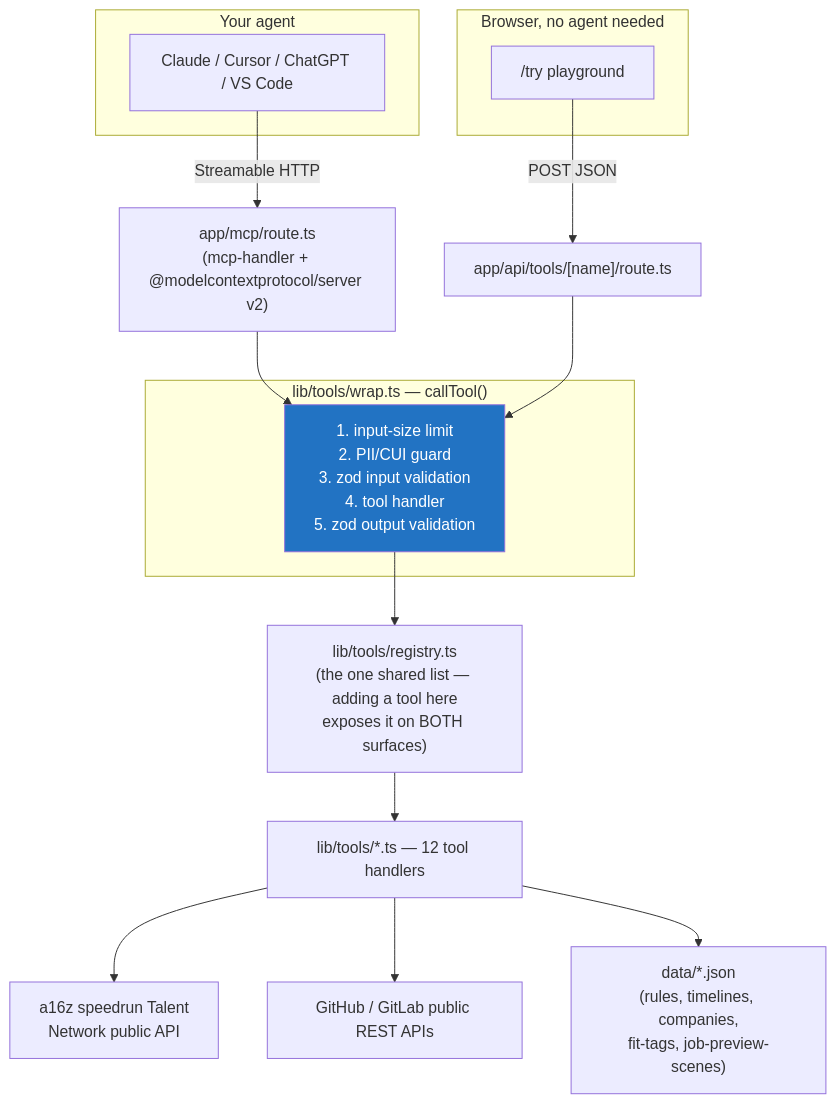
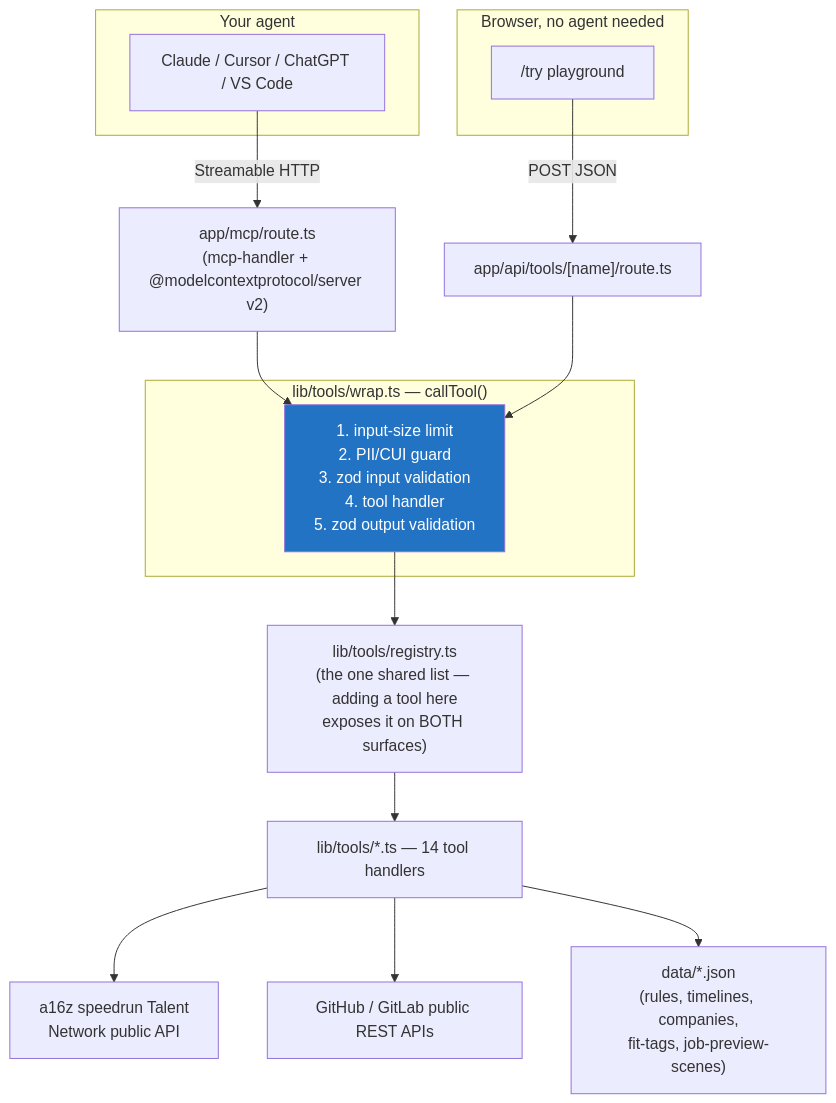
One commit to JiwaniZakir/clearance-lens changed the diagram in README.md. Above: the diagram before and after it, drawn with Mermaid. The commit also changed other lines of this file and 14 other files, not shown here.

````diff
--- a/README.md
+++ b/README.md
@@ -67,28 +69,28 @@
 ```mermaid
 flowchart TB
     subgraph clients["Your agent"]
         A[Claude / Cursor / ChatGPT / VS Code]
     end
     subgraph browser["Browser, no agent needed"]
         B["/try playground"]
     end
 
     A -- "Streamable HTTP" --> MCP["app/mcp/route.ts<br/>(mcp-handler + @modelcontextprotocol/server v2)"]
     B -- "POST JSON" --> API["app/api/tools/[name]/route.ts"]
 
     MCP --> Wrap
     API --> Wrap
 
     subgraph core["lib/tools/wrap.ts — callTool()"]
         Wrap["1. input-size limit<br/>2. PII/CUI guard<br/>3. zod input validation<br/>4. tool handler<br/>5. zod output validation"]
     end
 
     Wrap --> Registry["lib/tools/registry.ts<br/>(the one shared list — adding a tool here\nexposes it on BOTH surfaces)"]
-    Registry --> Handlers["lib/tools/*.ts — 12 tool handlers"]
+    Registry --> Handlers["lib/tools/*.ts — 14 tool handlers"]
 
     Handlers --> Speedrun["a16z speedrun Talent\nNetwork public API"]
     Handlers --> GitHub["GitHub / GitLab public REST APIs"]
     Handlers --> Data["data/*.json\n(rules, timelines, companies,\nfit-tags, job-preview-scenes)"]
 
     style Wrap fill:#2273c3,color:#fff
 ```
````
